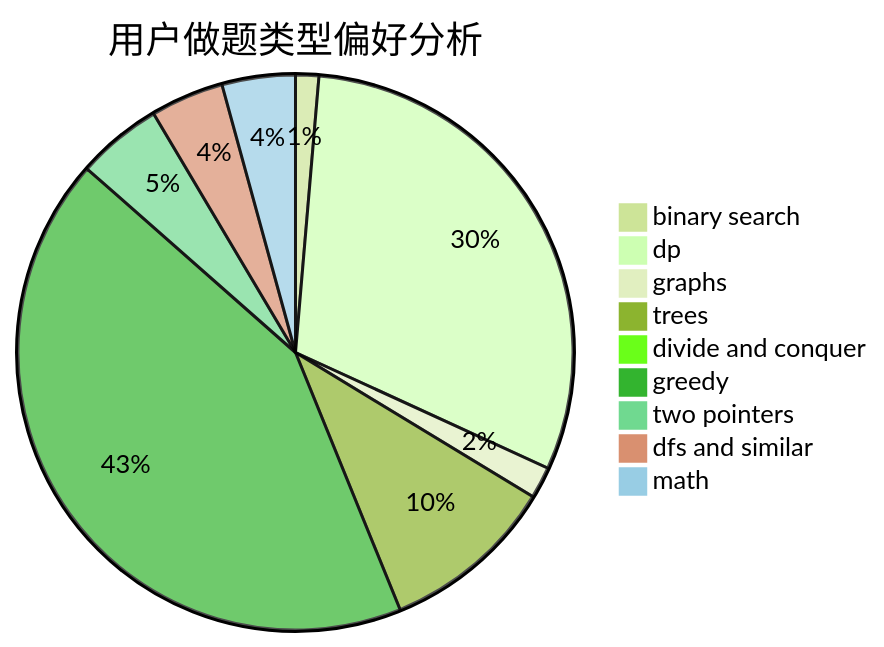
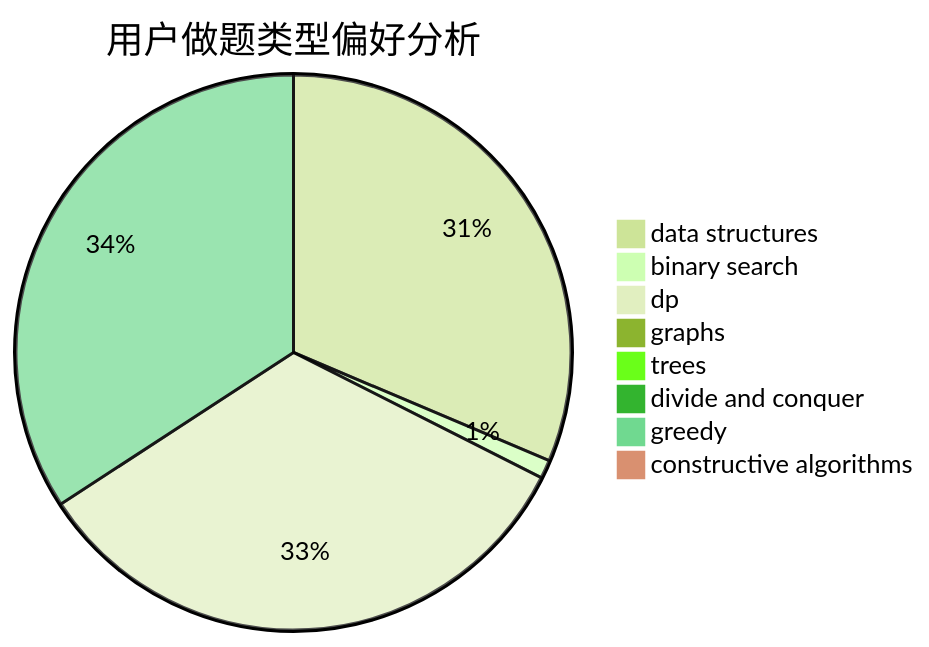
Before and after one commit to sherpahu/cfrs.github.io: the second of 3 diagrams in docs/user/u2381.md, drawn with Mermaid (forest theme). The commit also changed other lines of this file and 2775 other files, not shown here.

````diff
--- a/docs/user/u2381.md
+++ b/docs/user/u2381.md
@@ -23,12 +23,11 @@
 ```mermaid
 pie title 用户做题类型偏好分析
-    "binary search" :  19
-    "dp" :  429
-    "graphs" :  26
-    "trees" :  143
+    "data structures" :  377
+    "binary search" :  13
+    "dp" :  401
+    "graphs" :  10
+    "trees" :  3
     "divide and conquer" :  3
-    "greedy" :  600
-    "two pointers" :  70
-    "dfs and similar" :  60
-    "math" :  60
+    "greedy" :  411
+    "constructive algorithms" :  3
 ```
````
